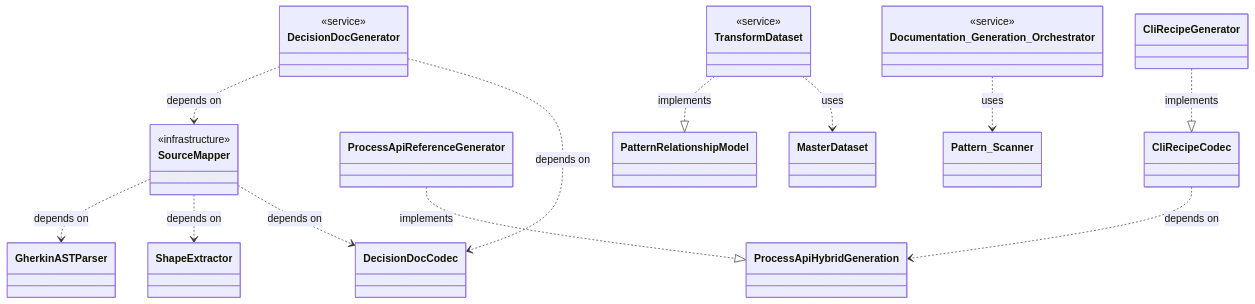
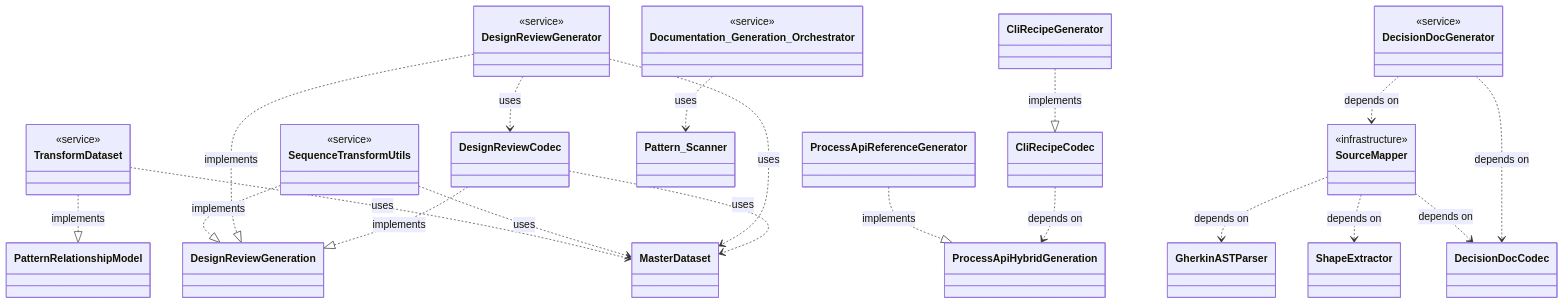
One commit to libar-dev/architect changed the third of 6 diagrams in docs-live/reference/REFERENCE-SAMPLE.md. Above: the diagram before and after it, drawn with Mermaid. The commit also changed other lines of this file and 34 other files, not shown here.

````diff
--- a/docs-live/reference/REFERENCE-SAMPLE.md
+++ b/docs-live/reference/REFERENCE-SAMPLE.md
@@ -243,38 +243,53 @@
 ```mermaid
 classDiagram
     class SourceMapper {
         <<infrastructure>>
     }
     class Documentation_Generation_Orchestrator {
         <<service>>
     }
     class TransformDataset {
         <<service>>
     }
+    class SequenceTransformUtils {
+        <<service>>
+    }
     class ProcessApiReferenceGenerator {
+    }
+    class DesignReviewGenerator {
+        <<service>>
     }
     class DecisionDocGenerator {
         <<service>>
     }
     class CliRecipeGenerator {
     }
     class MasterDataset
     class Pattern_Scanner
     class GherkinASTParser
     class ShapeExtractor
+    class DesignReviewCodec
     class DecisionDocCodec
     class ProcessApiHybridGeneration
     class PatternRelationshipModel
+    class DesignReviewGeneration
     class CliRecipeCodec
     SourceMapper ..> DecisionDocCodec : depends on
     SourceMapper ..> ShapeExtractor : depends on
     SourceMapper ..> GherkinASTParser : depends on
     Documentation_Generation_Orchestrator ..> Pattern_Scanner : uses
     TransformDataset ..> MasterDataset : uses
     TransformDataset ..|> PatternRelationshipModel : implements
+    SequenceTransformUtils ..> MasterDataset : uses
+    SequenceTransformUtils ..|> DesignReviewGeneration : implements
     ProcessApiReferenceGenerator ..|> ProcessApiHybridGeneration : implements
+    DesignReviewGenerator ..> DesignReviewCodec : uses
+    DesignReviewGenerator ..> MasterDataset : uses
+    DesignReviewGenerator ..|> DesignReviewGeneration : implements
     DecisionDocGenerator ..> DecisionDocCodec : depends on
     DecisionDocGenerator ..> SourceMapper : depends on
     CliRecipeGenerator ..|> CliRecipeCodec : implements
+    DesignReviewCodec ..> MasterDataset : uses
+    DesignReviewCodec ..|> DesignReviewGeneration : implements
     CliRecipeCodec ..> ProcessApiHybridGeneration : depends on
 ```
````
